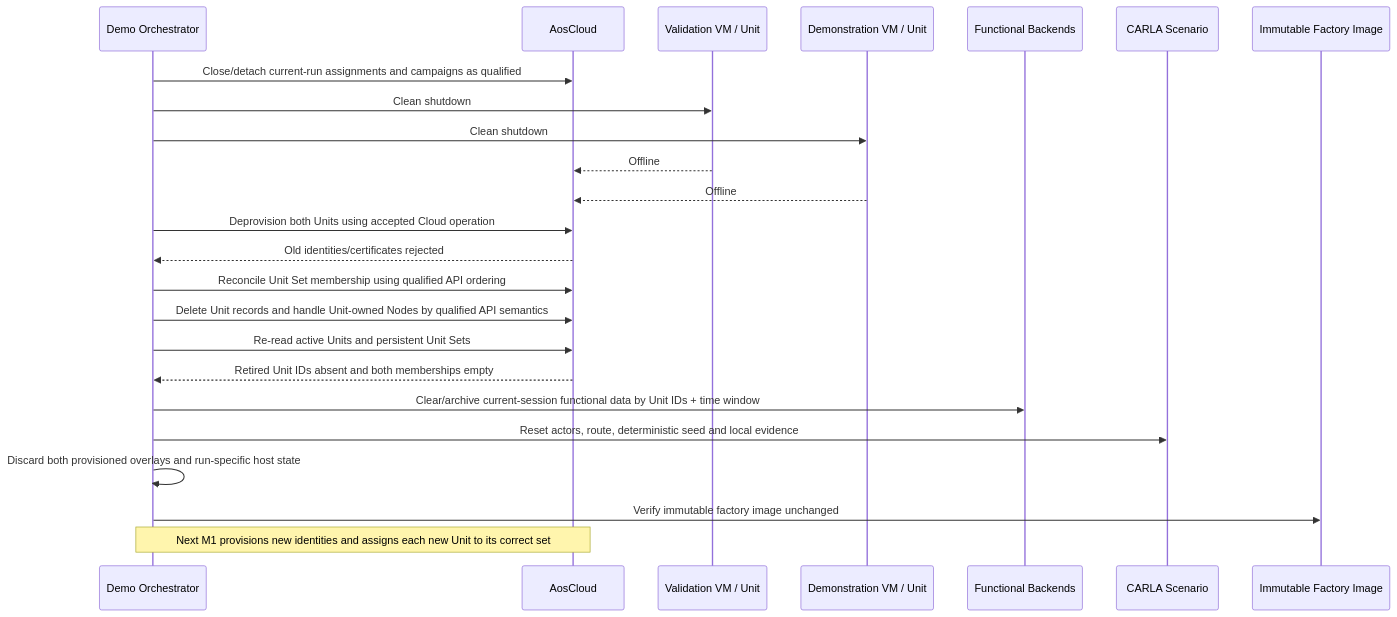
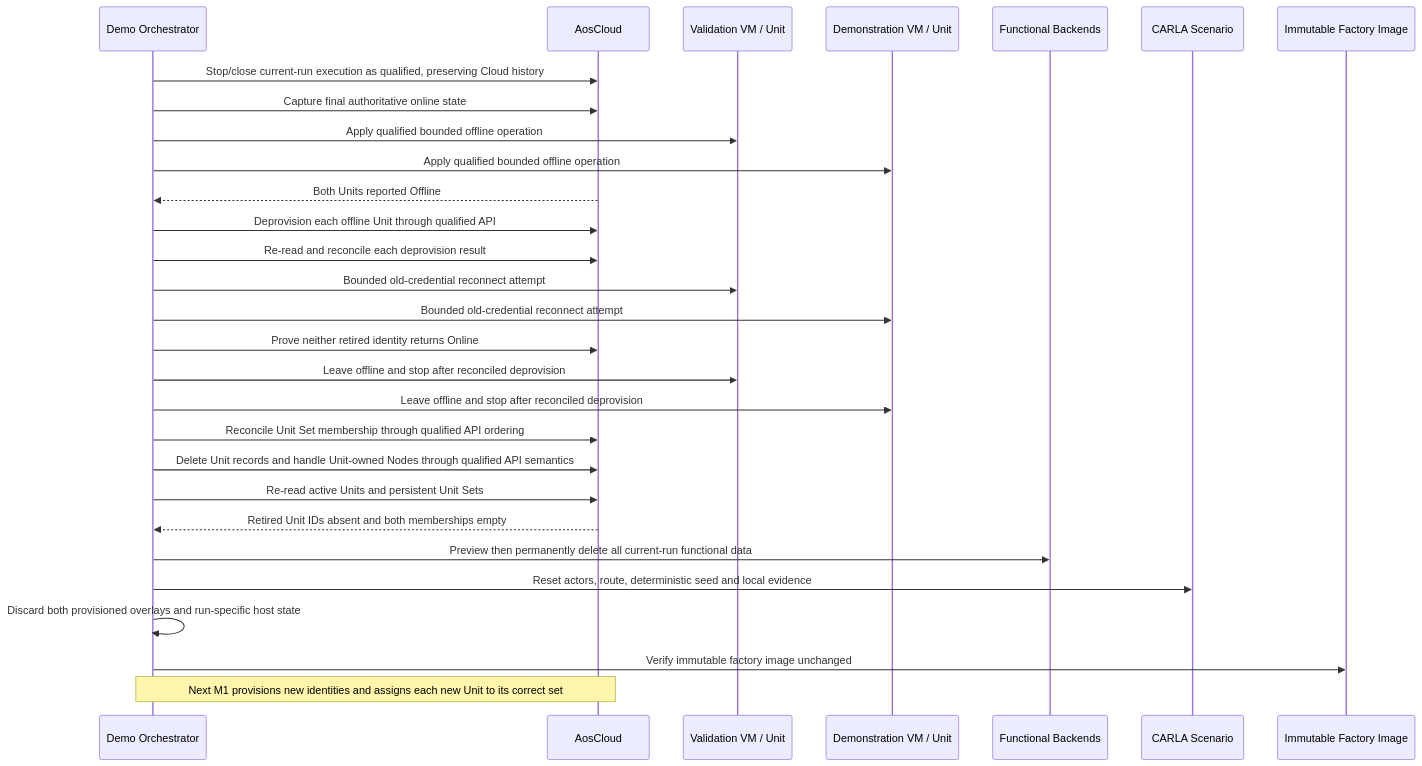
One commit to alexmaninblack/aosedge-sdv-demo changed diagram 21 of 21 in docs/architecture/demo-scenario-architecture-flows.md. Above: the diagram before and after it, drawn with Mermaid. The commit also changed other lines of this file and 72 other files, not shown here.

Commit message:
docs: checkpoint demo architecture and requirements baseline

````diff
--- a/docs/architecture/demo-scenario-architecture-flows.md
+++ b/docs/architecture/demo-scenario-architecture-flows.md
@@ -1106,27 +1227,32 @@
 ```mermaid
 sequenceDiagram
     participant OR as Demo Orchestrator
     participant AC as AosCloud
     participant VU as Validation VM / Unit
     participant DU as Demonstration VM / Unit
     participant FB as Functional Backends
     participant CS as CARLA Scenario
     participant FI as Immutable Factory Image
 
-    OR->>AC: Close/detach current-run assignments and campaigns as qualified
-    OR->>VU: Clean shutdown
-    OR->>DU: Clean shutdown
-    VU-->>AC: Offline
-    DU-->>AC: Offline
-    OR->>AC: Deprovision both Units using accepted Cloud operation
-    AC-->>OR: Old identities/certificates rejected
-    OR->>AC: Reconcile Unit Set membership using qualified API ordering
-    OR->>AC: Delete Unit records and handle Unit-owned Nodes by qualified API semantics
+    OR->>AC: Stop/close current-run execution as qualified, preserving Cloud history
+    OR->>AC: Capture final authoritative online state
+    OR->>VU: Apply qualified bounded offline operation
+    OR->>DU: Apply qualified bounded offline operation
+    AC-->>OR: Both Units reported Offline
+    OR->>AC: Deprovision each offline Unit through qualified API
+    OR->>AC: Re-read and reconcile each deprovision result
+    OR->>VU: Bounded old-credential reconnect attempt
+    OR->>DU: Bounded old-credential reconnect attempt
+    OR->>AC: Prove neither retired identity returns Online
+    OR->>VU: Leave offline and stop after reconciled deprovision
+    OR->>DU: Leave offline and stop after reconciled deprovision
+    OR->>AC: Reconcile Unit Set membership through qualified API ordering
+    OR->>AC: Delete Unit records and handle Unit-owned Nodes through qualified API semantics
     OR->>AC: Re-read active Units and persistent Unit Sets
     AC-->>OR: Retired Unit IDs absent and both memberships empty
-    OR->>FB: Clear/archive current-session functional data by Unit IDs + time window
+    OR->>FB: Preview then permanently delete all current-run functional data
     OR->>CS: Reset actors, route, deterministic seed and local evidence
     OR->>OR: Discard both provisioned overlays and run-specific host state
     OR->>FI: Verify immutable factory image unchanged
     Note over OR,AC: Next M1 provisions new identities and assigns each new Unit to its correct set
 ```
````
